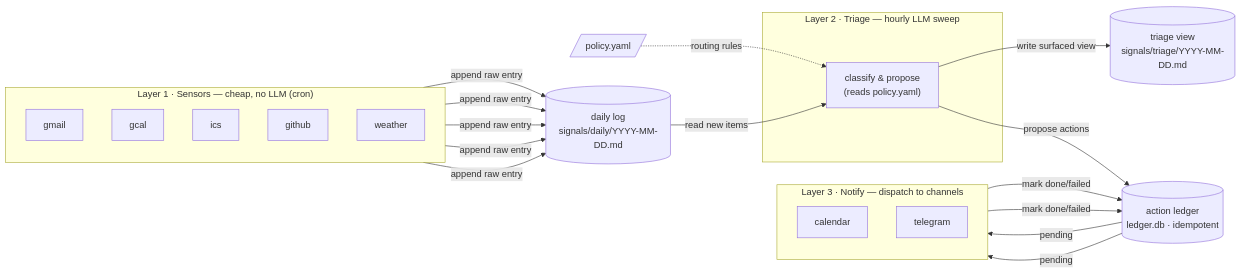
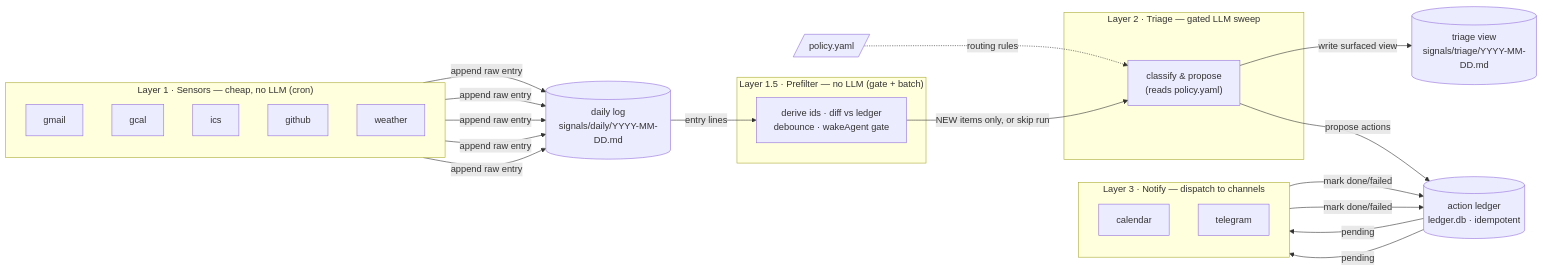
The diagram in README.md (MarcusJones/agentic-signal-triage-notify), drawn with Mermaid before and after one commit. The commit also changed other lines of this file and 30 other files, not shown here.

````diff
--- a/README.md
+++ b/README.md
@@ -7,28 +9,32 @@
 ```mermaid
 flowchart LR
     subgraph L1["Layer 1 · Sensors — cheap, no LLM (cron)"]
         direction TB
         S1[gmail]
         S2[gcal]
         S3[ics]
         S4[github]
         S5[weather]
     end
-    subgraph L2["Layer 2 · Triage — hourly LLM sweep"]
+    subgraph L15["Layer 1.5 · Prefilter — no LLM (gate + batch)"]
+        PF["derive ids · diff vs ledger<br/>debounce · wakeAgent gate"]
+    end
+    subgraph L2["Layer 2 · Triage — gated LLM sweep"]
         T["classify & propose<br/>(reads policy.yaml)"]
     end
     subgraph L3["Layer 3 · Notify — dispatch to channels"]
         direction TB
         N1[calendar]
         N2[telegram]
     end
 
     S1 & S2 & S3 & S4 & S5 -->|append raw entry| DL[("daily log<br/>signals/daily/YYYY-MM-DD.md")]
     POL[/"policy.yaml"/] -.->|routing rules| T
-    DL -->|read new items| T
+    DL -->|entry lines| PF
+    PF -->|NEW items only, or skip run| T
     T -->|write surfaced view| TV[("triage view<br/>signals/triage/YYYY-MM-DD.md")]
     T -->|propose actions| LG[("action ledger<br/>ledger.db · idempotent")]
     LG -->|pending| N1
     LG -->|pending| N2
     N1 & N2 -->|mark done/failed| LG
 ```
````
